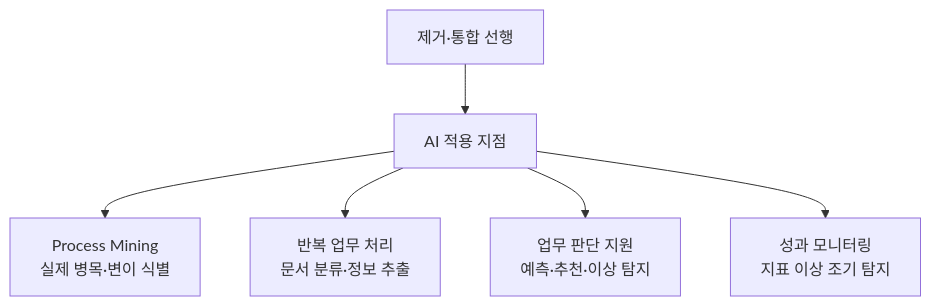
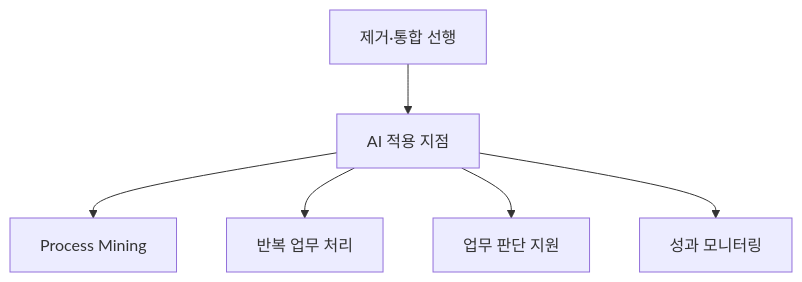
Before and after one commit to agnusdei1207/study: the third of 5 diagrams in src/content/docs/notes/itpe/01-it-strategy/010_bpr.md, drawn with Mermaid. The commit also changed other lines of this file and 19 other files, not shown here.

````diff
--- a/src/content/docs/notes/itpe/01-it-strategy/010_bpr.md
+++ b/src/content/docs/notes/itpe/01-it-strategy/010_bpr.md
@@ -78,8 +85,8 @@
 ```mermaid
 flowchart TD
     E["제거·통합 선행"] --> A["AI 적용 지점"]
-    A --> M["Process Mining<br/>실제 병목·변이 식별"]
-    A --> R["반복 업무 처리<br/>문서 분류·정보 추출"]
-    A --> J["업무 판단 지원<br/>예측·추천·이상 탐지"]
-    A --> O["성과 모니터링<br/>지표 이상 조기 탐지"]
+    A --> M["Process Mining"]
+    A --> R["반복 업무 처리"]
+    A --> J["업무 판단 지원"]
+    A --> O["성과 모니터링"]
 ```
````
